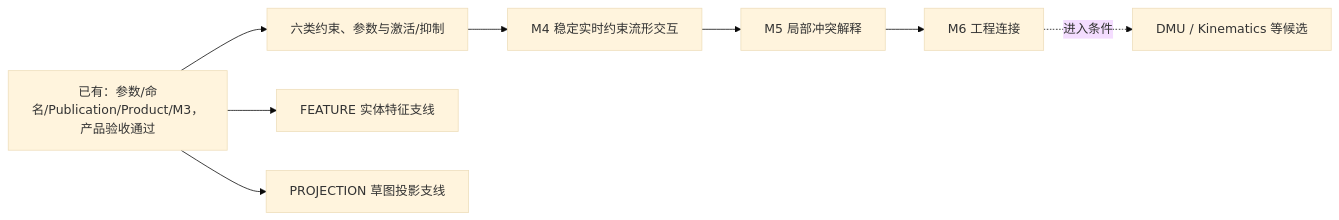
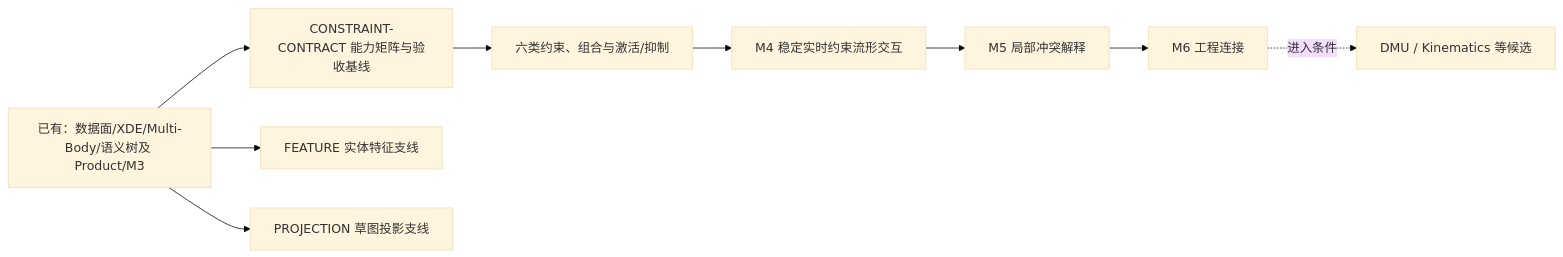
Before and after one commit to cossoledad/occccad: the diagram in plans/README.md, drawn with Mermaid (base theme). The commit also changed other lines of this file and 10 other files, not shown here.

Commit message:
Roadmap Status Calibration and TREE-03 Verification Record

````diff
--- a/plans/README.md
+++ b/plans/README.md
@@ -9,10 +11,11 @@
 ```mermaid
 flowchart LR
-    Baseline["已有：参数/命名/Publication/Product/M3，产品验收通过"] --> Parity["六类约束、参数与激活/抑制"]
+    Baseline["已有：数据面/XDE/Multi-Body/语义树及 Product/M3"] --> Contract["CONSTRAINT-CONTRACT 能力矩阵与验收基线"]
+    Contract --> Parity["六类约束、组合与激活/抑制"]
     Parity --> Drag["M4 稳定实时约束流形交互"]
     Drag --> Conflict["M5 局部冲突解释"]
     Conflict --> Connection["M6 工程连接"]
     Baseline --> Feature["FEATURE 实体特征支线"]
     Baseline --> Projection["PROJECTION 草图投影支线"]
     Connection -.进入条件.-> Future["DMU / Kinematics 等候选"]
 ```
````
